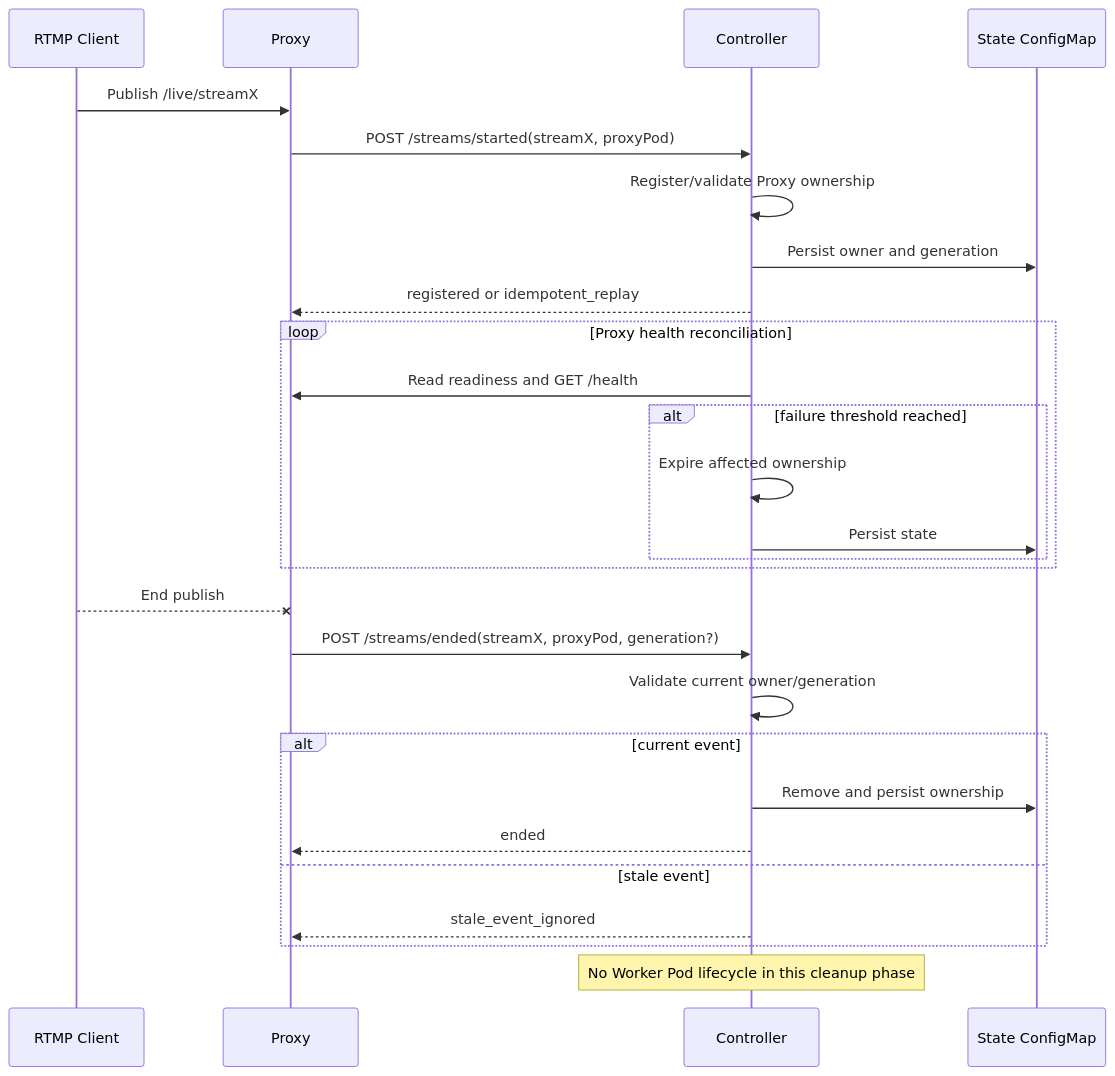
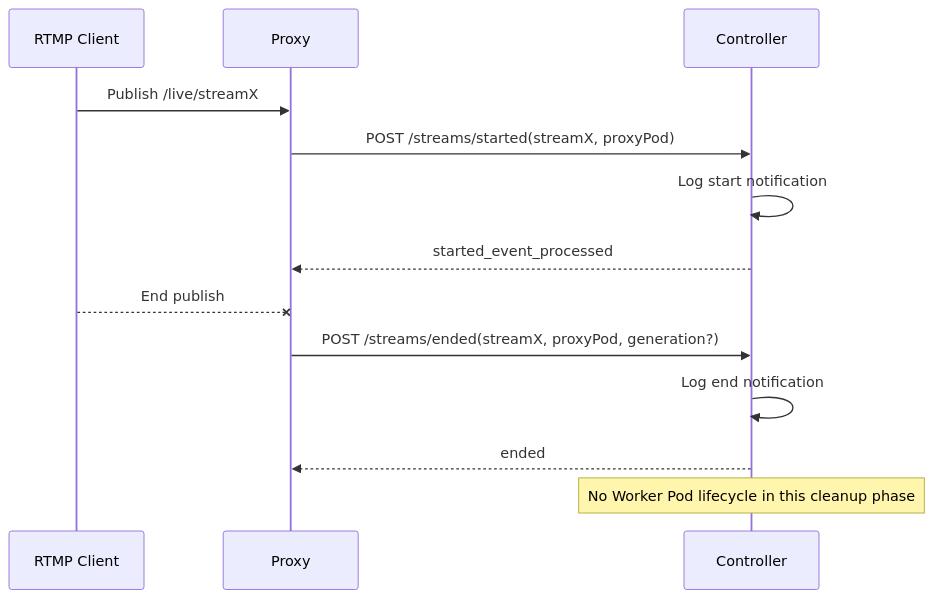
The diagram in diagrams/sequence.mmd (JadsonLucena/LiveEdgeCast), drawn with Mermaid before and after one commit. The commit also changed 10 other files, not shown here.

```diff
--- a/diagrams/sequence.mmd
+++ b/diagrams/sequence.mmd
@@ -1,31 +1,16 @@
 sequenceDiagram
     participant C as RTMP Client
     participant P as Proxy
     participant A as Controller
-    participant S as State ConfigMap
 
     C->>P: Publish /live/streamX
     P->>A: POST /streams/started(streamX, proxyPod)
-    A->>A: Register/validate Proxy ownership
-    A->>S: Persist owner and generation
-    A-->>P: registered or idempotent_replay
-
-    loop Proxy health reconciliation
-        A->>P: Read readiness and GET /health
-        alt failure threshold reached
-            A->>A: Expire affected ownership
-            A->>S: Persist state
-        end
-    end
+    A->>A: Log start notification
+    A-->>P: started_event_processed
 
     C--xP: End publish
     P->>A: POST /streams/ended(streamX, proxyPod, generation?)
-    A->>A: Validate current owner/generation
-    alt current event
-        A->>S: Remove and persist ownership
-        A-->>P: ended
-    else stale event
-        A-->>P: stale_event_ignored
-    end
+    A->>A: Log end notification
+    A-->>P: ended
 
     Note over A: No Worker Pod lifecycle in this cleanup phase
```
